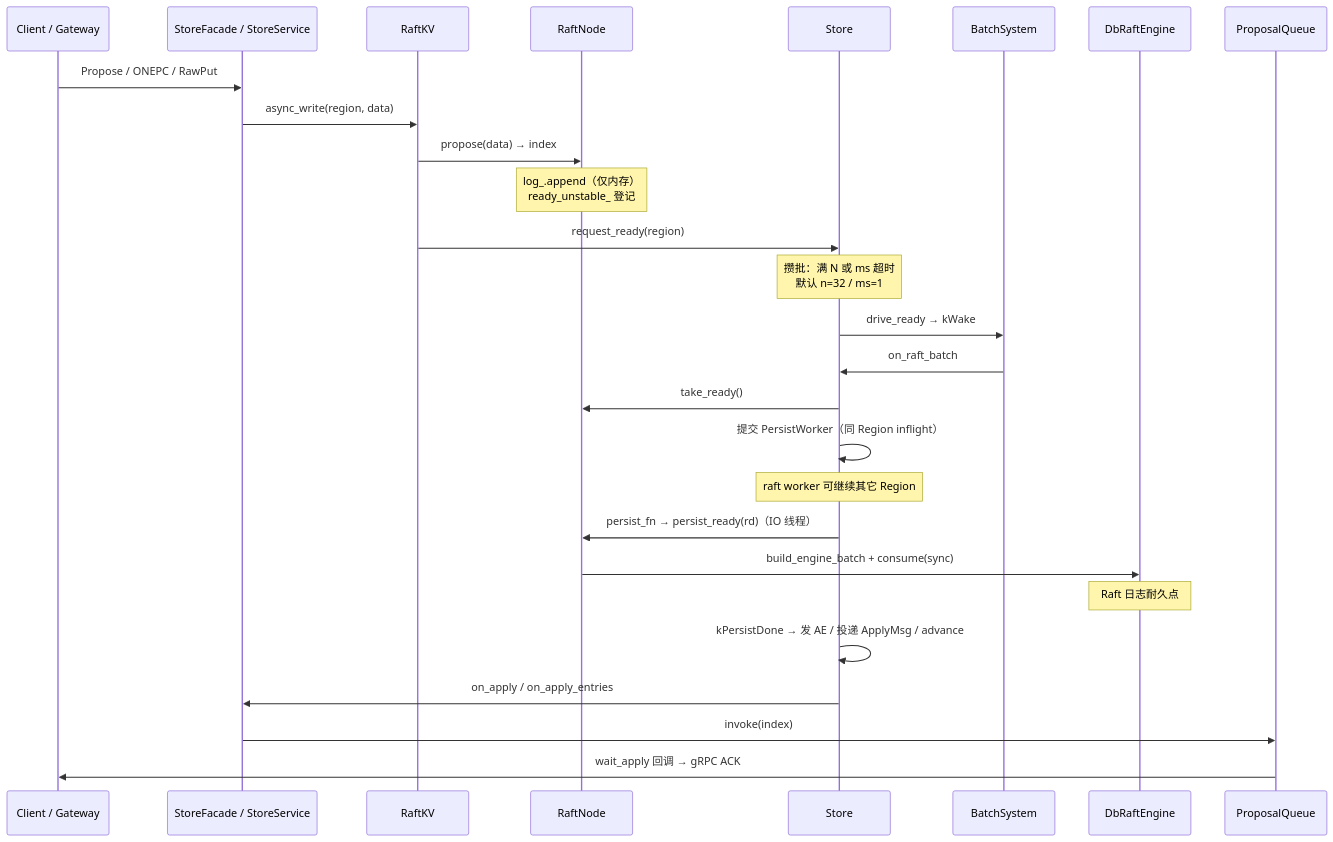
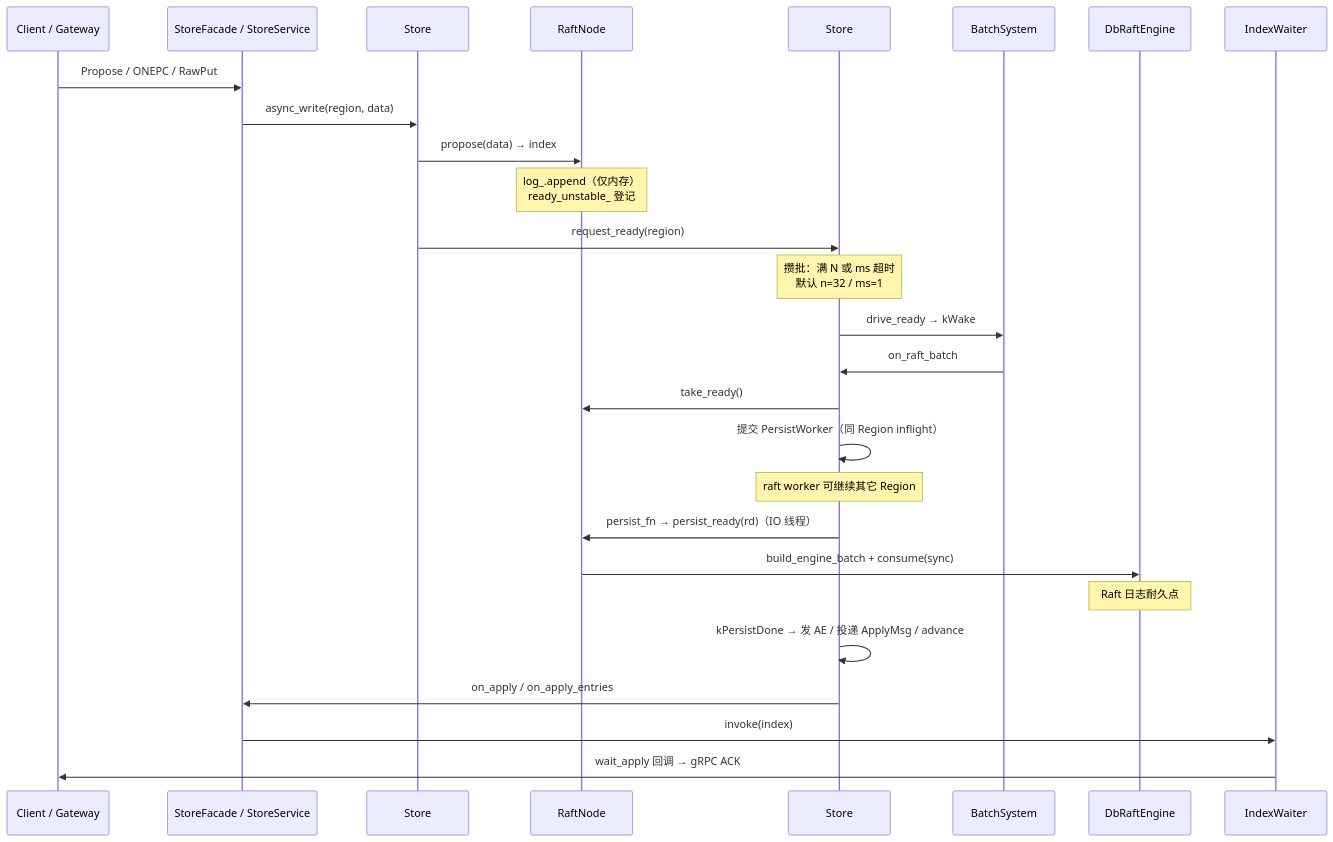
Before and after one commit to devotionalist/openkv: the first of 2 diagrams in docs/flows/36-propose-ack-durability.md, drawn with Mermaid. The commit also changed other lines of this file and 196 other files, not shown here.

First line of the commit message:
Fold Storage Raft writes into Store and adopt Google C++20 formatting.

````diff
--- a/docs/flows/36-propose-ack-durability.md
+++ b/docs/flows/36-propose-ack-durability.md
@@ -33,30 +33,30 @@
 ```mermaid
 sequenceDiagram
   participant C as Client / Gateway
   participant SF as StoreFacade / StoreService
-  participant KV as RaftKV
+  participant KV as Store
   participant RN as RaftNode
   participant ST as Store
   participant BS as BatchSystem
   participant Eng as DbRaftEngine
-  participant PQ as ProposalQueue
+  participant PQ as IndexWaiter
 
   C->>SF: Propose / ONEPC / RawPut
   SF->>KV: async_write(region, data)
   KV->>RN: propose(data) → index
   Note over RN: log_.append（仅内存）<br/>ready_unstable_ 登记
   KV->>ST: request_ready(region)
   Note over ST: 攒批：满 N 或 ms 超时<br/>默认 n=32 / ms=1
   ST->>BS: drive_ready → kWake
   BS->>ST: on_raft_batch
   ST->>RN: take_ready()
   ST->>ST: 提交 PersistWorker（同 Region inflight）
   Note over ST: raft worker 可继续其它 Region
   ST->>RN: persist_fn → persist_ready(rd)（IO 线程）
   RN->>Eng: build_engine_batch + consume(sync)
   Note over Eng: Raft 日志耐久点
   ST->>ST: kPersistDone → 发 AE / 投递 ApplyMsg / advance
   ST->>SF: on_apply / on_apply_entries
   SF->>PQ: invoke(index)
   PQ->>C: wait_apply 回调 → gRPC ACK
 ```
````
